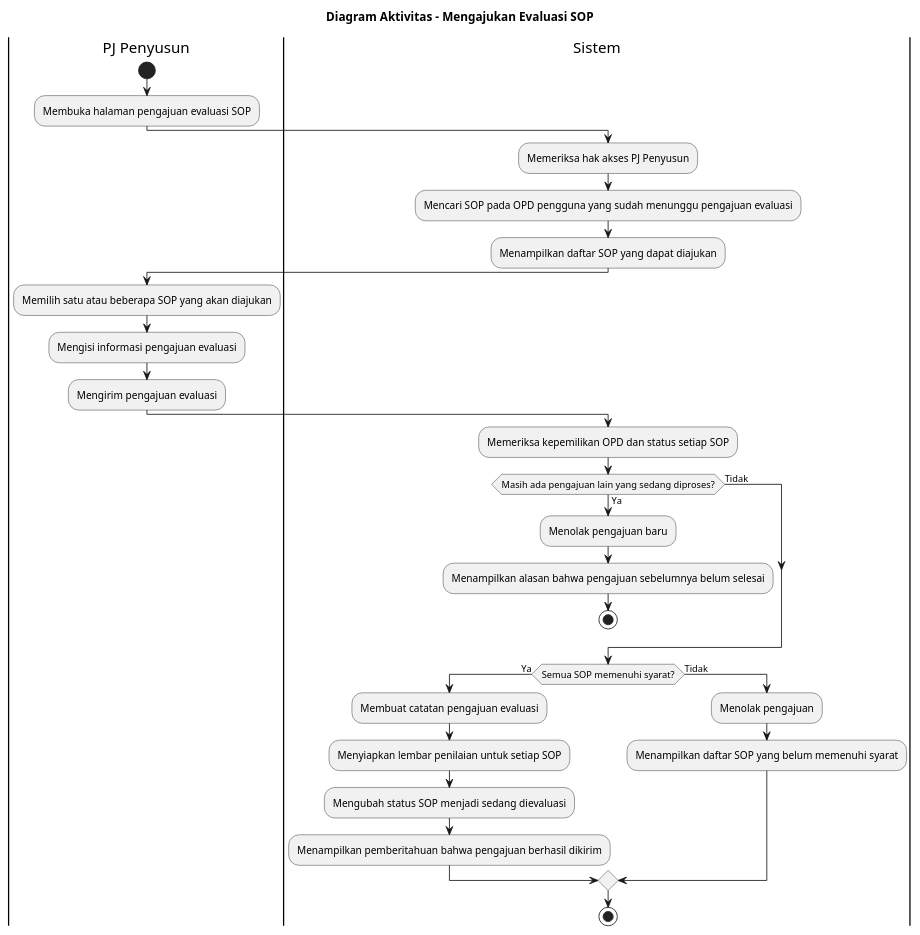
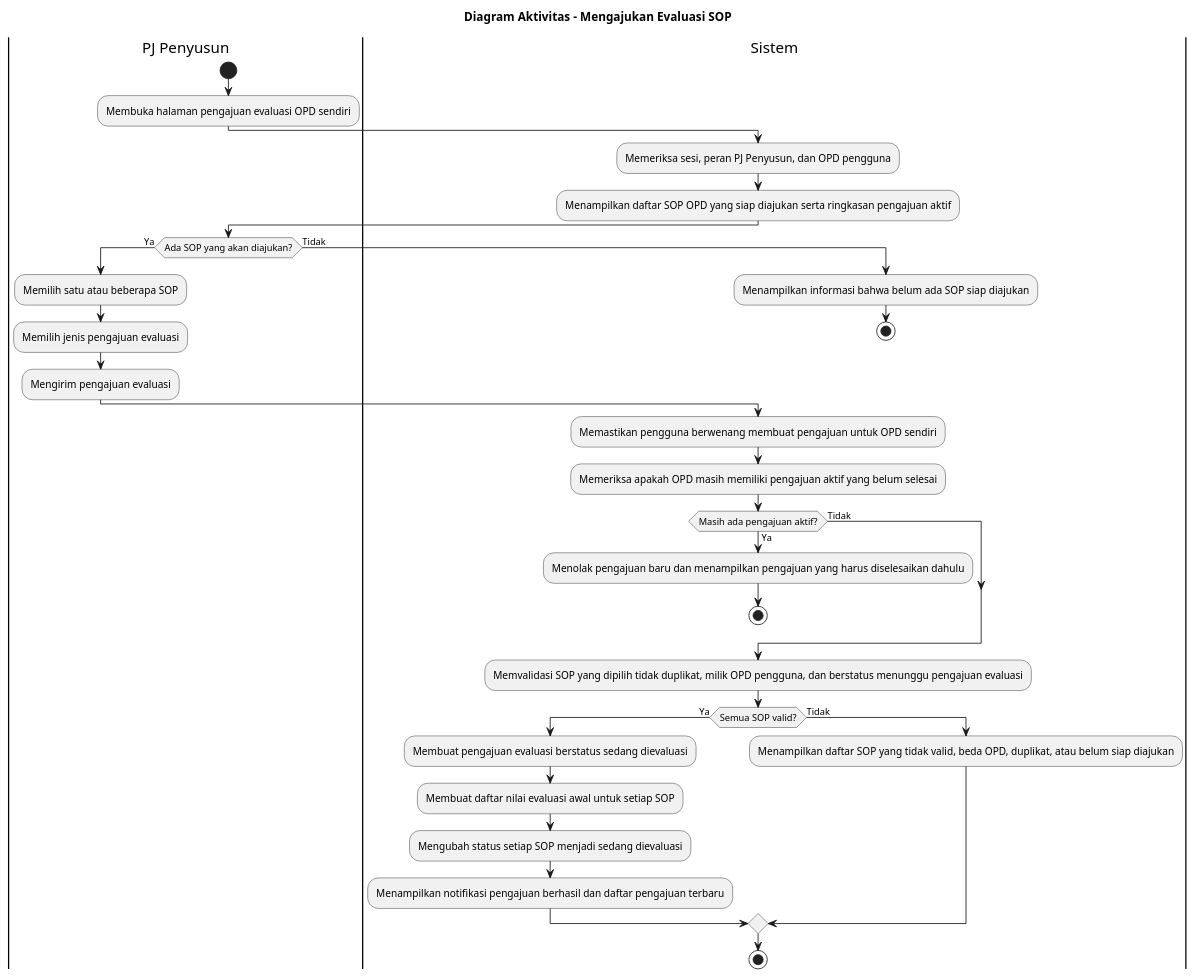
Before and after one commit to howlil/sop-generate-app: the diagram in docs/activity-diagram/pj-penyusun-mengajukan-evaluasi-sop.md, drawn with PlantUML. The commit also changed other lines of this file and 90 other files, not shown here.

````diff
--- a/docs/activity-diagram/pj-penyusun-mengajukan-evaluasi-sop.md
+++ b/docs/activity-diagram/pj-penyusun-mengajukan-evaluasi-sop.md
@@ -16,40 +16,47 @@
 ```plantuml
 @startuml
 title Diagram Aktivitas - Mengajukan Evaluasi SOP
 
 |PJ Penyusun|
 start
-:Membuka halaman pengajuan evaluasi SOP;
+:Membuka halaman pengajuan evaluasi OPD sendiri;
 
 |Sistem|
-:Memeriksa hak akses PJ Penyusun;
-:Mencari SOP pada OPD pengguna yang sudah menunggu pengajuan evaluasi;
-:Menampilkan daftar SOP yang dapat diajukan;
+:Memeriksa sesi, peran PJ Penyusun, dan OPD pengguna;
+:Menampilkan daftar SOP OPD yang siap diajukan serta ringkasan pengajuan aktif;
 
 |PJ Penyusun|
-:Memilih satu atau beberapa SOP yang akan diajukan;
-:Mengisi informasi pengajuan evaluasi;
-:Mengirim pengajuan evaluasi;
+if (Ada SOP yang akan diajukan?) then (Ya)
+  :Memilih satu atau beberapa SOP;
+  :Memilih jenis pengajuan evaluasi;
+  :Mengirim pengajuan evaluasi;
+else (Tidak)
+  |Sistem|
+  :Menampilkan informasi bahwa belum ada SOP siap diajukan;
+  stop
+endif
 
 |Sistem|
-:Memeriksa kepemilikan OPD dan status setiap SOP;
-if (Masih ada pengajuan lain yang sedang diproses?) then (Ya)
-  :Menolak pengajuan baru;
-  :Menampilkan alasan bahwa pengajuan sebelumnya belum selesai;
+:Memastikan pengguna berwenang membuat pengajuan untuk OPD sendiri;
+:Memeriksa apakah OPD masih memiliki pengajuan aktif yang belum selesai;
+
+if (Masih ada pengajuan aktif?) then (Ya)
+  :Menolak pengajuan baru dan menampilkan pengajuan yang harus diselesaikan dahulu;
   stop
 else (Tidak)
 endif
 
-if (Semua SOP memenuhi syarat?) then (Ya)
-  :Membuat catatan pengajuan evaluasi;
-  :Menyiapkan lembar penilaian untuk setiap SOP;
-  :Mengubah status SOP menjadi sedang dievaluasi;
-  :Menampilkan pemberitahuan bahwa pengajuan berhasil dikirim;
+:Memvalidasi SOP yang dipilih tidak duplikat, milik OPD pengguna, dan berstatus menunggu pengajuan evaluasi;
+
+if (Semua SOP valid?) then (Ya)
+  :Membuat pengajuan evaluasi berstatus sedang dievaluasi;
+  :Membuat daftar nilai evaluasi awal untuk setiap SOP;
+  :Mengubah status setiap SOP menjadi sedang dievaluasi;
+  :Menampilkan notifikasi pengajuan berhasil dan daftar pengajuan terbaru;
 else (Tidak)
-  :Menolak pengajuan;
-  :Menampilkan daftar SOP yang belum memenuhi syarat;
+  :Menampilkan daftar SOP yang tidak valid, beda OPD, duplikat, atau belum siap diajukan;
 endif
 
 stop
 @enduml
 ```
````
